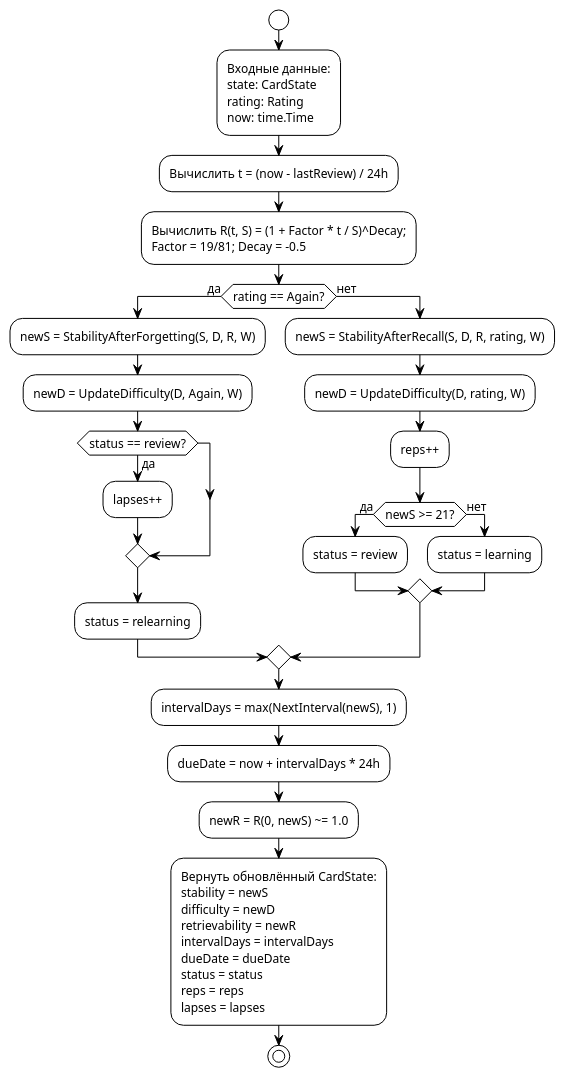
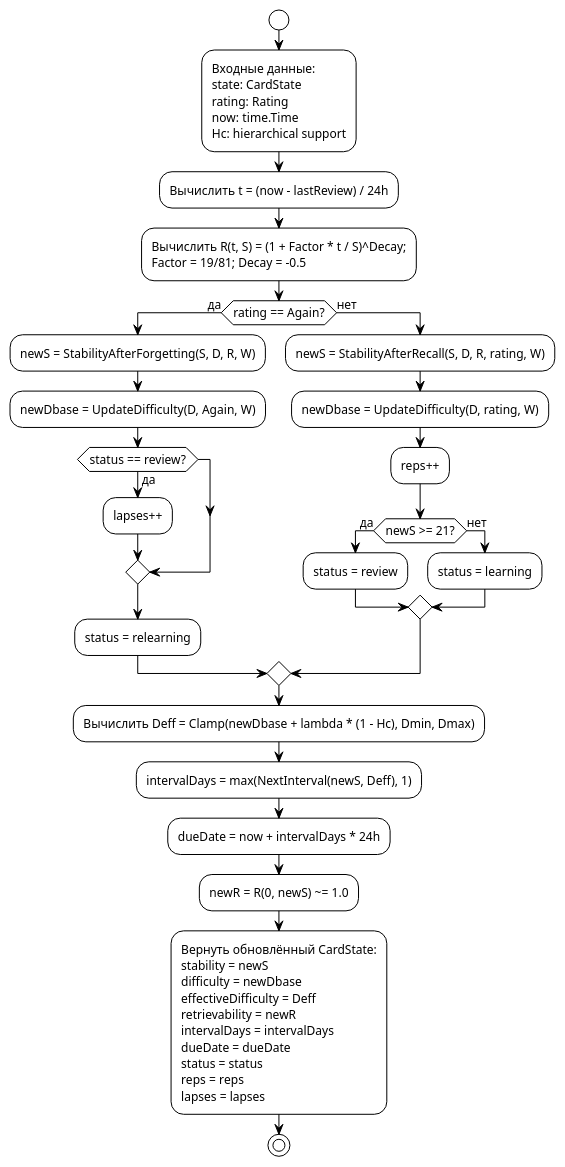
One commit to AleksKislov/shmanki changed diagram 11 of 13 in papers/second.md. Above: the diagram before and after it, drawn with PlantUML. The commit also changed other lines of this file and 1 other file, not shown here.

Commit message:
add effective difficulty

````diff
--- a/papers/second.md
+++ b/papers/second.md
@@ -1035,38 +1113,39 @@
 ```plantuml
 @startuml activity_schedule
 !theme plain
 skinparam defaultFontName Arial
 skinparam defaultFontSize 12
 skinparam shadowing false
 
 start
-:Входные данные:\nstate: CardState\nrating: Rating\nnow: time.Time;
+:Входные данные:\nstate: CardState\nrating: Rating\nnow: time.Time\nHc: hierarchical support;
 :Вычислить t = (now - lastReview) / 24h;
 :Вычислить R(t, S) = (1 + Factor * t / S)^Decay;\nFactor = 19/81; Decay = -0.5;
 
 if (rating == Again?) then (да)
   :newS = StabilityAfterForgetting(S, D, R, W);
-  :newD = UpdateDifficulty(D, Again, W);
+  :newDbase = UpdateDifficulty(D, Again, W);
   if (status == review?) then (да)
     :lapses++;
   endif
   :status = relearning;
 else (нет)
   :newS = StabilityAfterRecall(S, D, R, rating, W);
-  :newD = UpdateDifficulty(D, rating, W);
+  :newDbase = UpdateDifficulty(D, rating, W);
   :reps++;
   if (newS >= 21?) then (да)
     :status = review;
   else (нет)
     :status = learning;
   endif
 endif
 
-:intervalDays = max(NextInterval(newS), 1);
+:Вычислить Deff = Clamp(newDbase + lambda * (1 - Hc), Dmin, Dmax);
+:intervalDays = max(NextInterval(newS, Deff), 1);
 :dueDate = now + intervalDays * 24h;
 :newR = R(0, newS) ~= 1.0;
-:Вернуть обновлённый CardState:\nstability = newS\ndifficulty = newD\nretrievability = newR\nintervalDays = intervalDays\ndueDate = dueDate\nstatus = status\nreps = reps\nlapses = lapses;
+:Вернуть обновлённый CardState:\nstability = newS\ndifficulty = newDbase\neffectiveDifficulty = Deff\nretrievability = newR\nintervalDays = intervalDays\ndueDate = dueDate\nstatus = status\nreps = reps\nlapses = lapses;
 stop
 
 @enduml
 ```
````
